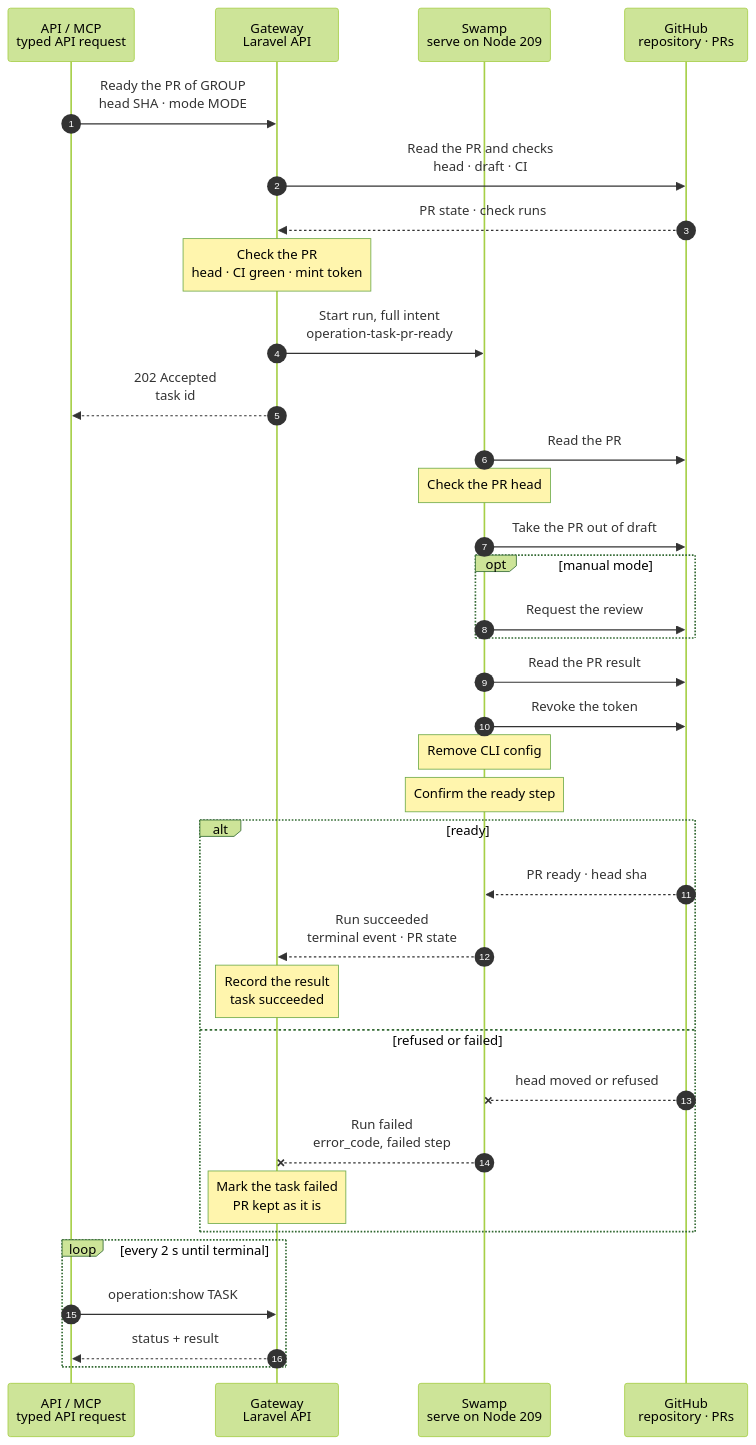
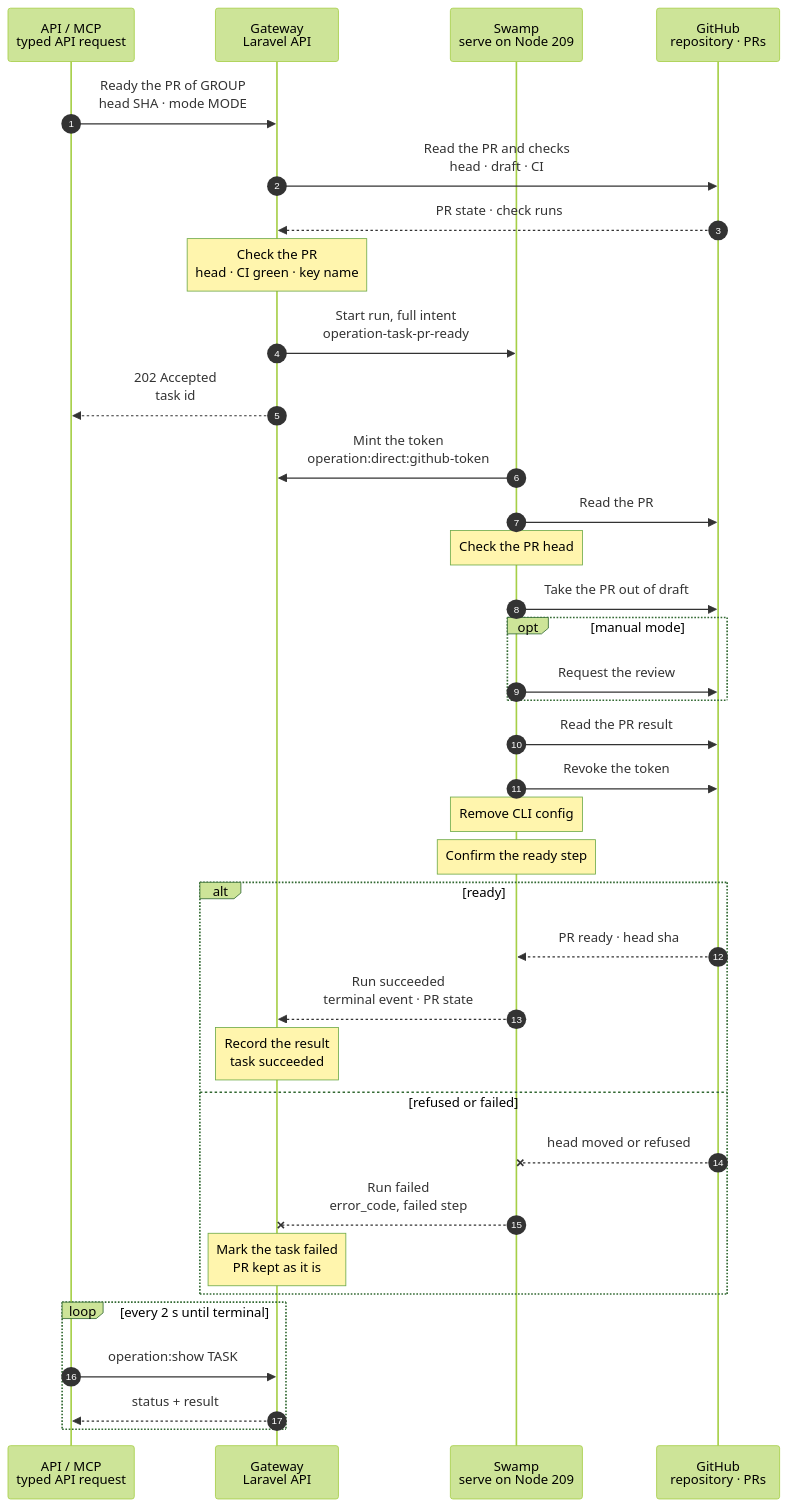
The diagram in docs/cli/tasks/pr-ready.mmd (hardimpactdev/orbit), drawn with Mermaid (forest theme) before and after one commit. The commit also changed 18 other files, not shown here.

First line of the commit message:
tasks: mint the pull request step and approved push tokens at their step

```diff
--- a/docs/cli/tasks/pr-ready.mmd
+++ b/docs/cli/tasks/pr-ready.mmd
@@ -1,106 +1,113 @@
 sequenceDiagram
+  %% Nick 2026-11-06: a task VM never holds a GitHub credential, and the step mints its token when it runs, not at admission.
   %% Target design: stage 4 of the command development pipeline (docs/reference/pipeline/4-pr-and-ci.mmd, "Admit the ready step"), DECISIONS 1 (tokens minted at admission, vault) and R2-R3. It follows tasks.dependency_merge: the Gateway admits and mints, Swamp calls GitHub. docs/reference/tasks.md#ready-and-merge-a-task-pull-request.
   %% status: draft
   %% command: none · API / MCP (tasks-pr-ready)
   %% kind: tasks.pr_ready
   autonumber
   %% lane CLI icon=terminal pill=caller tone=gray
   %% lane GW icon=gateway pill=intent tone=blue
   %% lane SW icon=workflow pill=executes tone=green
   %% lane GH icon=server pill=target tone=purple
   participant CLI as API / MCP<br/>typed API request
   participant GW as Gateway<br/>Laravel API
   participant SW as Swamp<br/>serve on Node 209
   participant GH as GitHub<br/>repository · PRs
   CLI->>GW: Ready the PR of GROUP<br/>head SHA · mode MODE
   %%> Command:
   %%> - `POST /api/v1/task-groups/GROUP/pr-ready` with `head_sha`, `mode` (`manual` or `automatic`) and an `Idempotency-Key`
   %%> - syntax: the MCP tool `tasks-pr-ready` with `group`, `head_sha`, `mode`
   %%> Who can call it:
   %%> - a Node with an access grant to the Gateway; there is no `orbit` command
   GW->>GH: Read the PR and checks<br/>head · draft · CI
   %%> What it does:
   %%> - reads the PR and the check runs of the head with read-only App tokens (`pull_requests: read`, `checks: read`)
   GH-->>GW: PR state · check runs
-  Note over GW: Check the PR<br/>head · CI green · mint token
+  Note over GW: Check the PR<br/>head · CI green · key name
   %%> Requirements:
   %%> - the tasks extension is on, and the group is an open external group with a published PR that is open
   %%> - the PR head is exactly `head_sha`, and the Project's merge check (`Required checks`) passed on that head
   %%> - in manual mode, the PR author is not the reviewer, because GitHub refuses a review request from the author
   %%> - no other task runs on the group; the Gateway holds one lock per group
   %%> What it does:
-  %%> - mints a write token with only `pull_requests: write` and pushes it to the vault as `pr-ready-write-<uuid>` after commit (R3)
+  %%> - names the vault key `pr-ready-write-<uuid>` for the write token; it mints no token
   %%> Result:
   %%> - a task recorded with the full intent
   GW->>SW: Start run, full intent<br/>operation-task-pr-ready
   %%> What it does:
   %%> - starts one Swamp run on serve (Node 209); no Node is a target
   %%> Inputs:
   %%> - the repository, PR number, expected head, mode and the reviewer's GitHub login
   %%> - the vault key name of the token, never the token
   GW-->>CLI: 202 Accepted<br/>task id
   %%> What you get:
   %%> - the task number, at once
   %%> Next:
   %%> - the caller follows the task with `operation:show`
+  SW->>GW: Mint the token<br/>operation:direct:github-token
+  %%> What it does:
+  %%> - the first step posts the run id to the Gateway; the Gateway checks the Operation, the run and the repository, mints a token with only `pull_requests: write`, and writes it to the vault key that admission named
+  %%> Why here and not at admission:
+  %%> - an installation token lives one hour; the token is minted when the step that uses it runs
+  %%> - no task VM holds a GitHub credential
   SW->>GH: Read the PR
   %%> What it does:
   %%> - one `gh api` read of state, draft flag, head SHA and GraphQL node id
   Note over SW: Check the PR head
   %%> Refuses:
   %%> - a head other than the admitted one, or a PR that is no longer open, with `tasks_pr.head_moved`; nothing is changed
   SW->>GH: Take the PR out of draft
   %%> What it does:
   %%> - marks the PR ready for review with the App token, passed by vault key name
   %%> When:
   %%> - only while the PR is a draft; a PR that is already ready skips this step, so a rerun is safe
   %%> Why:
   %%> - a draft means the work is still moving; leaving draft says the spec, code and proof cases are done
   opt manual mode
     SW->>GH: Request the review
     %%> What it does:
     %%> - requests the review of the reviewer's GitHub login, so GitHub notifies the reviewer that the PR waits
     %%> Why:
     %%> - in manual mode the reviewer's approval on the exact head is the gate of the merge step
   end
   SW->>GH: Read the PR result
   %%> What it does:
   %%> - reads the head, the draft flag and the requested reviewers; the Gateway keeps this as the task result
   SW->>GH: Revoke the token
   %%> When:
   %%> - always, on success and failure; best effort because the token expires within one hour
   Note over SW: Remove CLI config
   %%> What it does:
   %%> - removes the private GitHub CLI configuration directory of this run
   Note over SW: Confirm the ready step
   alt ready
     GH-->>SW: PR ready · head sha
     %%> Returns:
     %%> - the head SHA, the draft flag and the requested reviewers
     SW-->>GW: Run succeeded<br/>terminal event · PR state
     %%> How the Gateway learns it:
     %%> - its shared run reader sees the terminal event; Swamp never calls the Gateway
     Note over GW: Record the result<br/>task succeeded
     %%> Result:
     %%> - the task succeeds with the PR number, head and requested reviewers; the PR now waits for the gate
   else refused or failed
     GH--xSW: head moved or refused
     %%> When:
     %%> - the head moved, GitHub refused the draft change, or GitHub refused the review request
     SW--xGW: Run failed<br/>error_code, failed step
     %%> The Gateway reads:
     %%> - which step failed and its error code, such as `tasks_pr.head_moved`
     Note over GW: Mark the task failed<br/>PR kept as it is
     %%> Result:
     %%> - the task fails; the PR stays as GitHub left it, and the Gateway changes no task state
     %%> Retry:
     %%> - a new request for the same head is a new task with a new token; a step that already happened is skipped
   end
   loop every 2 s until terminal
     CLI->>GW: operation:show TASK
     %%> What it does:
     %%> - asks for the task's status every 2 seconds until it has ended
     GW-->>CLI: status + result
     %%> Returns:
     %%> - the current status, and the result once the task has ended
   end
```
